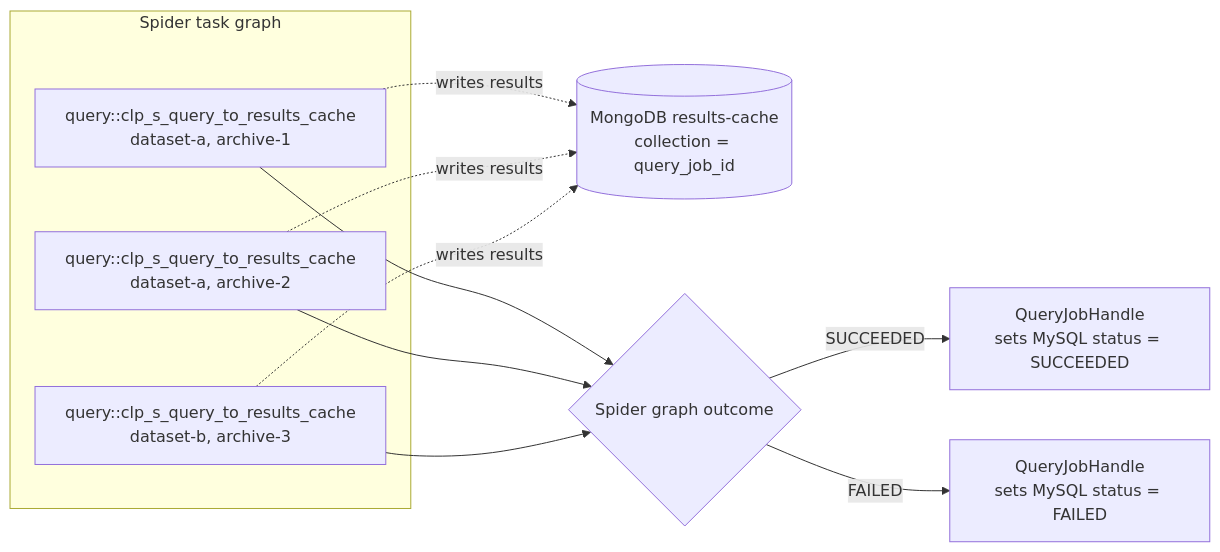
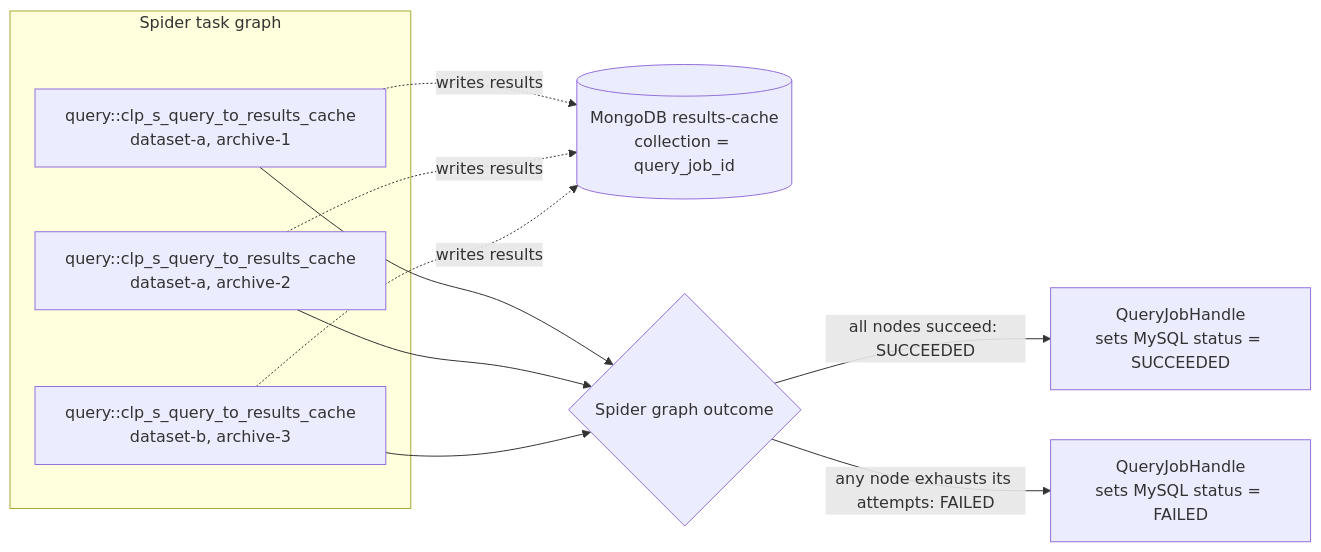
The diagram in design/query-tdl-rfc.md (Bill-hbrhbr/clp), drawn with Mermaid before and after one commit.

Commit message:
Specify spider graph outcome

````diff
--- a/design/query-tdl-rfc.md
+++ b/design/query-tdl-rfc.md
@@ -304,23 +304,23 @@
 ```mermaid
 flowchart LR
     subgraph task_graph["Spider task graph"]
         Q1["query::clp_s_query_to_results_cache<br/>dataset-a, archive-1"]
         Q2["query::clp_s_query_to_results_cache<br/>dataset-a, archive-2"]
         Q3["query::clp_s_query_to_results_cache<br/>dataset-b, archive-3"]
     end
 
     RC[("MongoDB results-cache<br/>collection = query_job_id")]
     O{"Spider graph outcome"}
     S["QueryJobHandle<br/>sets MySQL status = SUCCEEDED"]
     F["QueryJobHandle<br/>sets MySQL status = FAILED"]
 
     Q1 -. writes results .-> RC
     Q2 -. writes results .-> RC
     Q3 -. writes results .-> RC
 
     Q1 --> O
     Q2 --> O
     Q3 --> O
-    O -->|SUCCEEDED| S
-    O -->|FAILED| F
+    O -->|all nodes succeed: SUCCEEDED| S
+    O -->|any node exhausts its attempts: FAILED| F
 ```
````
